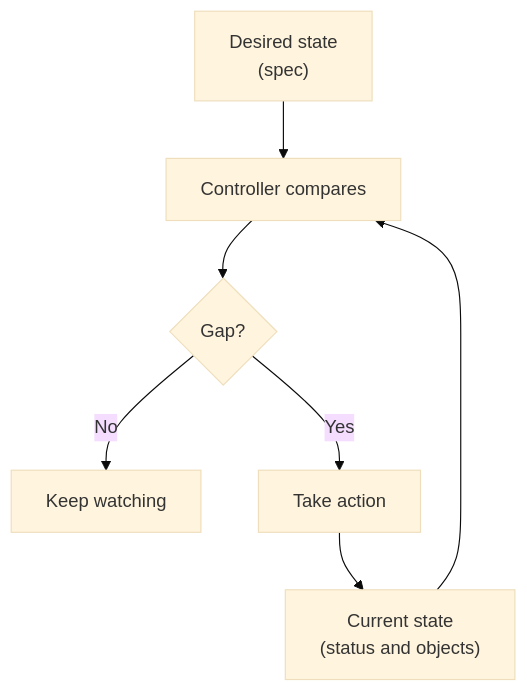
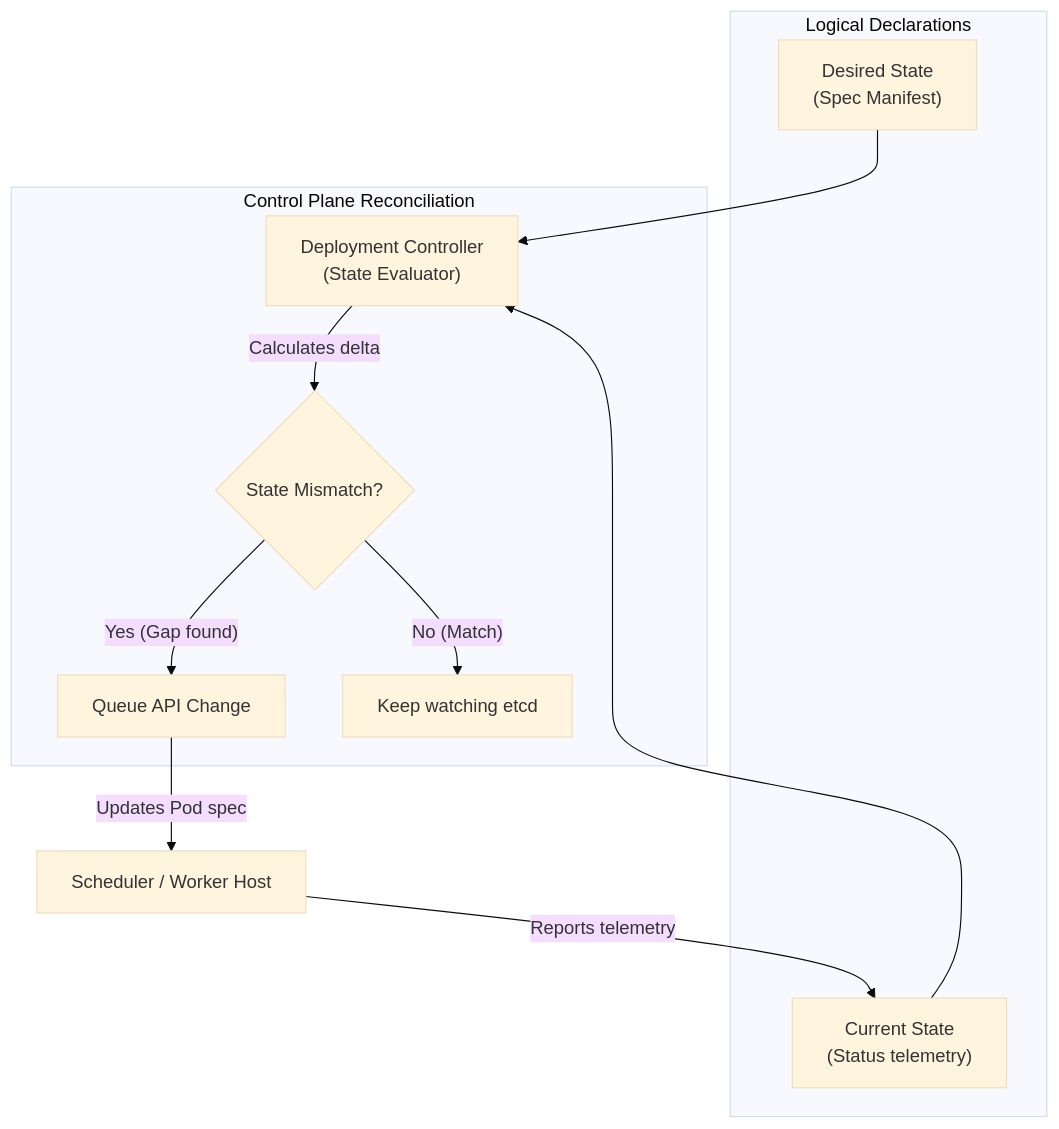
One commit to senlinyy/dev-roadmaps changed the first of 3 diagrams in containers-orchestration/kubernetes/fundamentals/desired-state-and-reconciliation.md. Above: the diagram before and after it, drawn with Mermaid (base theme). The commit also changed other lines of this file and 343 other files, not shown here.

````diff
--- a/containers-orchestration/kubernetes/fundamentals/desired-state-and-reconciliation.md
+++ b/containers-orchestration/kubernetes/fundamentals/desired-state-and-reconciliation.md
@@ -40,9 +52,16 @@
 ```mermaid
 flowchart TD
-    A["Desired state<br/>(spec)"] --> B["Controller compares"]
-    C["Current state<br/>(status and objects)"] --> B
-    B --> D{"Gap?"}
-    D -->|"No"| E["Keep watching"]
-    D -->|"Yes"| F["Take action"]
-    F --> C
+    subgraph LogicalState["Logical Declarations"]
+        A["Desired State<br/>(Spec Manifest)"]
+        B["Current State<br/>(Status telemetry)"]
+    end
+    subgraph ControlEngine["Control Plane Reconciliation"]
+        C["Deployment Controller<br/>(State Evaluator)"] --> |Calculates delta| D{"State Mismatch?"}
+        D --> |"Yes (Gap found)"| E["Queue API Change"]
+        D --> |"No (Match)"| F["Keep watching etcd"]
+    end
+    A --> C
+    B --> C
+    E --> |Updates Pod spec| G["Scheduler / Worker Host"]
+    G --> |Reports telemetry| B
 ```
````
